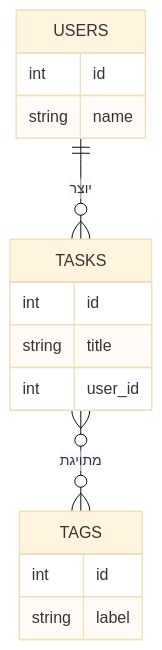
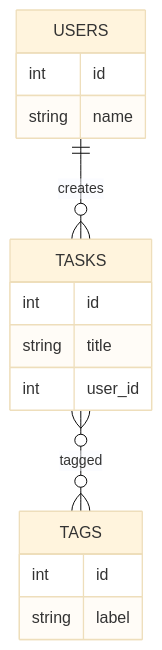
The diagram in content/docs/databases/46-db-design-content.md (neriyaMalachi/FullStack_kodkode_5), drawn with Mermaid (base theme) before and after one commit. The commit also changed other lines of this file and 117 other files, not shown here.

````diff
--- a/content/docs/databases/46-db-design-content.md
+++ b/content/docs/databases/46-db-design-content.md
@@ -37,18 +37,18 @@
 ```mermaid
 erDiagram
-    USERS ||--o{ TASKS : יוצר
-    TASKS }o--o{ TAGS : מתויגת
+    USERS ||--o{ TASKS : creates
+    TASKS }o--o{ TAGS : tagged
     USERS {
         int id
         string name
     }
     TASKS {
         int id
         string title
         int user_id
     }
     TAGS {
         int id
         string label
     }
 ```
````
